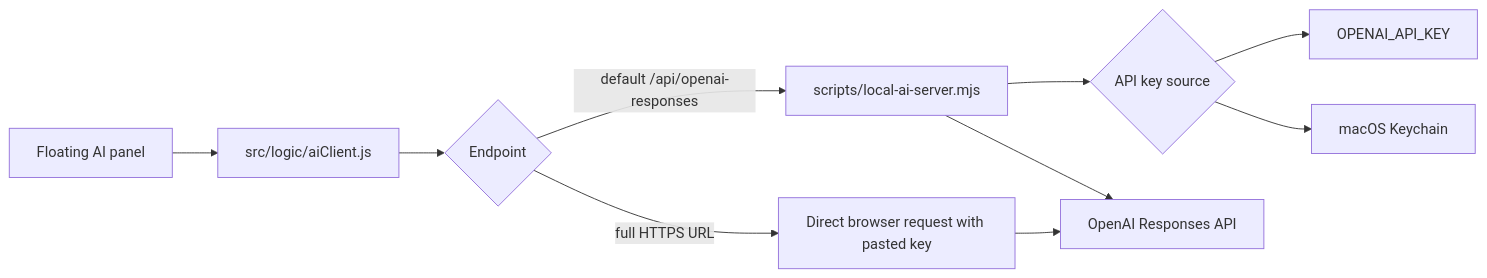
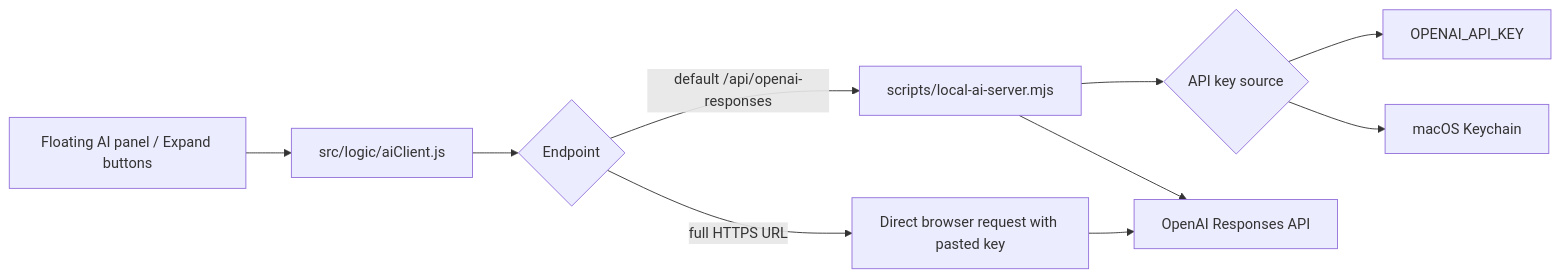
The second of 2 diagrams in project-docs/ARCHITECTURE.md (Tuckerb62/leaderman), drawn with Mermaid before and after one commit. The commit also changed other lines of this file and 23 other files, not shown here.

````diff
--- a/project-docs/ARCHITECTURE.md
+++ b/project-docs/ARCHITECTURE.md
@@ -141,12 +144,12 @@
 ```mermaid
 flowchart LR
-  UI["Floating AI panel"] --> Client["src/logic/aiClient.js"]
+  UI["Floating AI panel / Expand buttons"] --> Client["src/logic/aiClient.js"]
   Client --> Endpoint{"Endpoint"}
   Endpoint -->|"default /api/openai-responses"| LocalServer["scripts/local-ai-server.mjs"]
   LocalServer --> Key{"API key source"}
   Key --> Env["OPENAI_API_KEY"]
   Key --> Keychain["macOS Keychain"]
   LocalServer --> OpenAI["OpenAI Responses API"]
   Endpoint -->|"full HTTPS URL"| Direct["Direct browser request with pasted key"]
   Direct --> OpenAI
 ```
````
